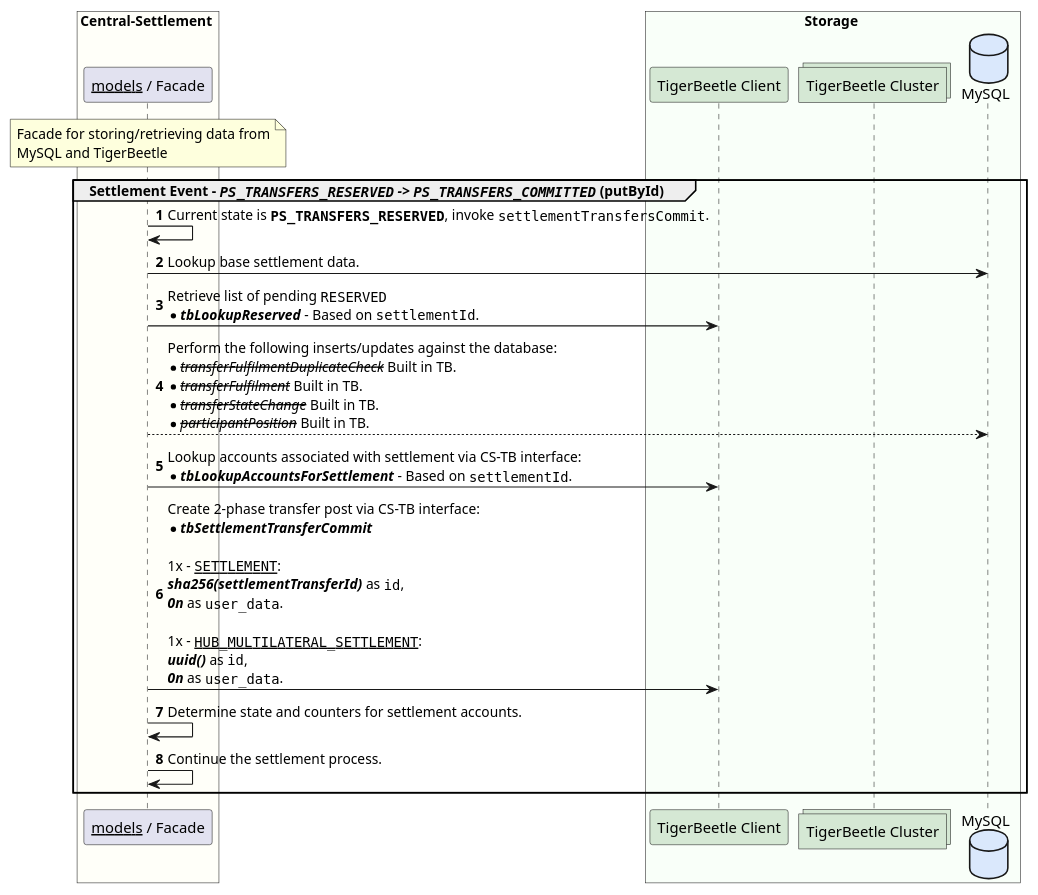
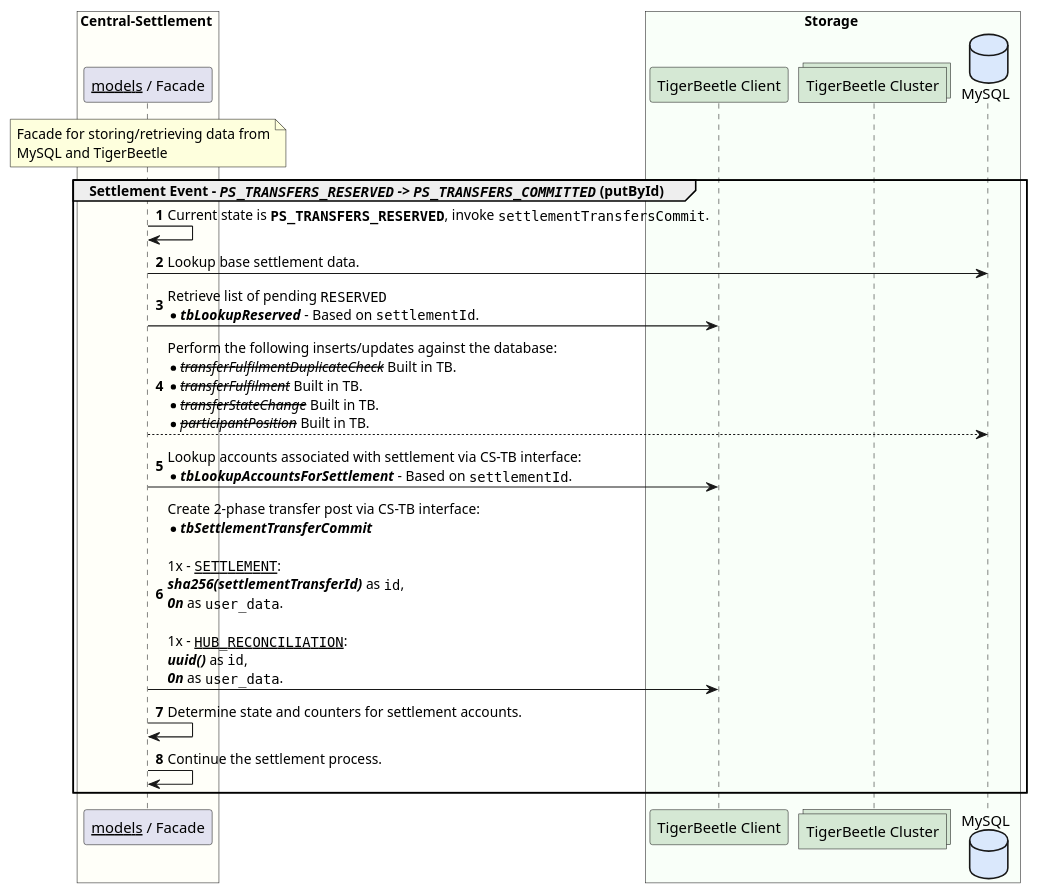
Before and after one commit to coilhq/mucoa: the diagram in solution_design/sequence-settlement-tb-enabled-update-by-id-03.puml, drawn with PlantUML. The commit also changed 3 other files, not shown here.

```diff
--- a/solution_design/sequence-settlement-tb-enabled-update-by-id-03.puml
+++ b/solution_design/sequence-settlement-tb-enabled-update-by-id-03.puml
@@ -1,30 +1,30 @@
 @startuml
 
 box Central-Settlement #FFFFF9
     participant "__models__ / Facade" as cs_facade
 
     note over cs_facade
         Facade for storing/retrieving data from
         MySQL and TigerBeetle
     end note
 end box
 
 box Storage #F9FFF9
 	participant "TigerBeetle Client" as tb_client #D5E8D4
 	collections "TigerBeetle Cluster" as tb_nodes #D5E8D4
 	database "MySQL" as cl_db #DAE8FC
 end box
 
 autonumber
 group Settlement Event - //""PS_TRANSFERS_RESERVED"" -> ""PS_TRANSFERS_COMMITTED""// (putById)
     cs_facade -> cs_facade : Current state is **""PS_TRANSFERS_RESERVED""**, invoke ""settlementTransfersCommit"".
     cs_facade -> cl_db : Lookup base settlement data.
     cs_facade -> tb_client : Retrieve list of pending ""RESERVED""\n*//**tbLookupReserved**// - Based on ""settlementId"".
     cs_facade --> cl_db : Perform the following inserts/updates against the database:\n*--//transferFulfilmentDuplicateCheck//-- Built in TB.\n*--//transferFulfilment//-- Built in TB.\n*--//transferStateChange//-- Built in TB.\n*--//participantPosition//-- Built in TB.
     cs_facade -> tb_client : Lookup accounts associated with settlement via CS-TB interface:\n*//**tbLookupAccountsForSettlement**// - Based on ""settlementId"".
-    cs_facade -> tb_client : Create 2-phase transfer post via CS-TB interface:\n*//**tbSettlementTransferCommit**//\n\n1x - __""SETTLEMENT""__:\n**//sha256(settlementTransferId)//** as ""id"", \n**//0n//** as ""user_data"".\n\n1x - __""HUB_MULTILATERAL_SETTLEMENT""__:\n**//uuid()//** as ""id"", \n**//0n//** as ""user_data"".
+    cs_facade -> tb_client : Create 2-phase transfer post via CS-TB interface:\n*//**tbSettlementTransferCommit**//\n\n1x - __""SETTLEMENT""__:\n**//sha256(settlementTransferId)//** as ""id"", \n**//0n//** as ""user_data"".\n\n1x - __""HUB_RECONCILIATION""__:\n**//uuid()//** as ""id"", \n**//0n//** as ""user_data"".
     cs_facade -> cs_facade : Determine state and counters for settlement accounts.
     cs_facade -> cs_facade : Continue the settlement process.
 end
 
 @enduml
```
